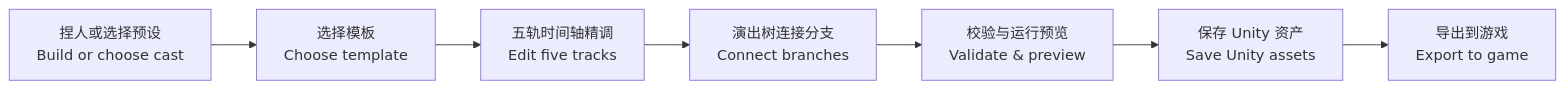
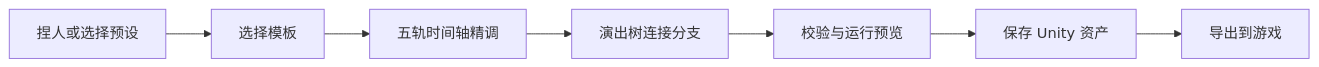
Before and after one commit to GA10d/GameDev_Performance_System: the second of 3 diagrams in README.md, drawn with Mermaid. The commit also changed other lines of this file and 1 other file, not shown here.

````diff
--- a/README.md
+++ b/README.md
@@ -142,9 +132,9 @@
 ```mermaid
 flowchart LR
-    A[捏人或选择预设<br>Build or choose cast] --> B[选择模板<br>Choose template]
-    B --> C[五轨时间轴精调<br>Edit five tracks]
-    C --> D[演出树连接分支<br>Connect branches]
-    D --> E[校验与运行预览<br>Validate & preview]
-    E --> F[保存 Unity 资产<br>Save Unity assets]
-    F --> G[导出到游戏<br>Export to game]
+    A[捏人或选择预设] --> B[选择模板]
+    B --> C[五轨时间轴精调]
+    C --> D[演出树连接分支]
+    D --> E[校验与运行预览]
+    E --> F[保存 Unity 资产]
+    F --> G[导出到游戏]
 ```
````
